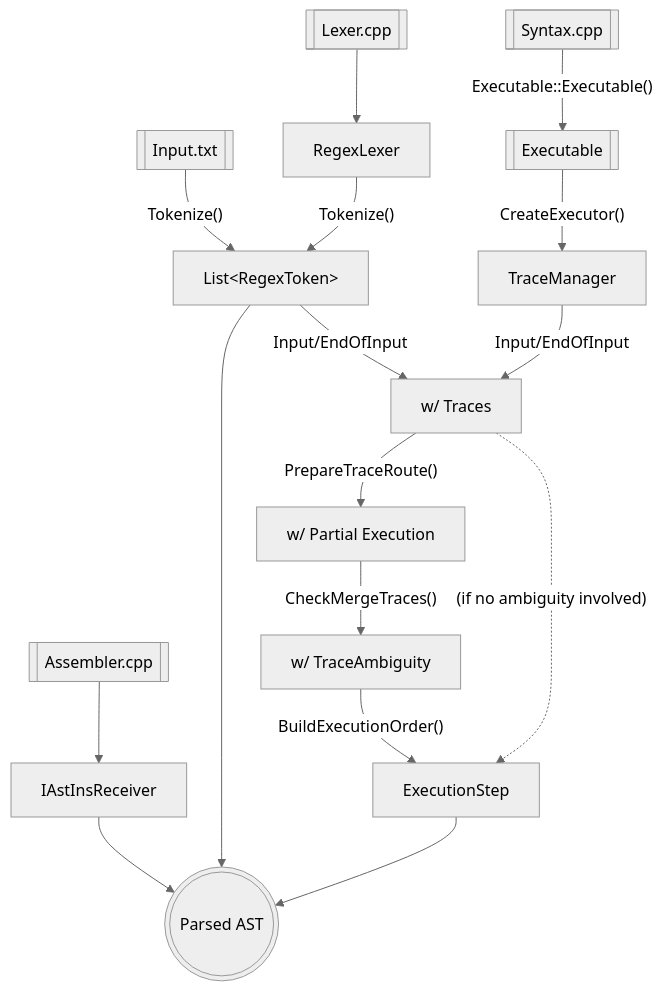
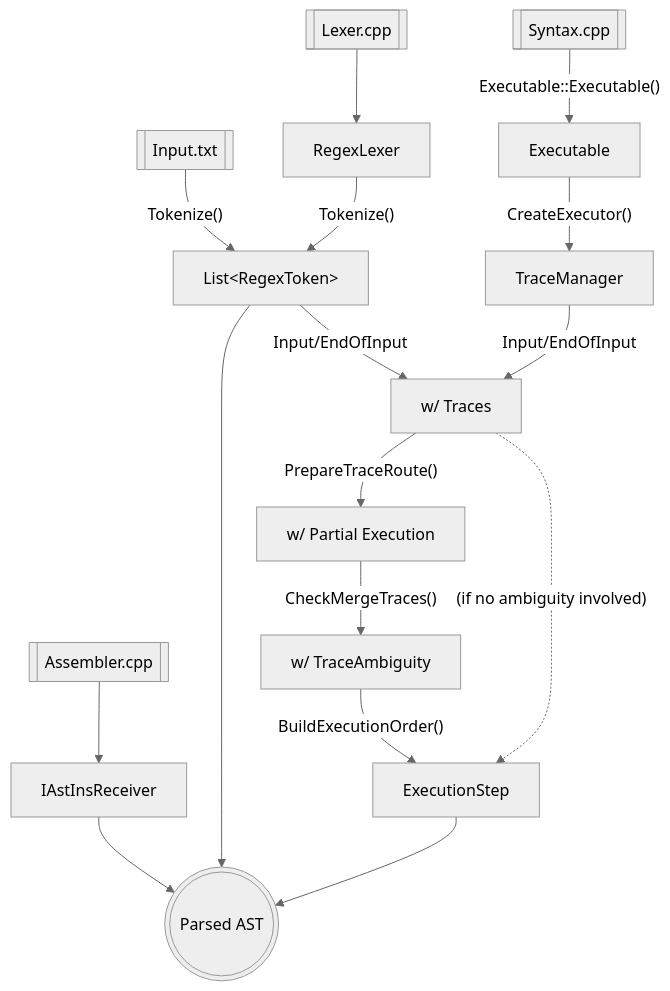
Before and after one commit to vczh-websites/vczh: diagram 29 of 29 in Blog/GLR-Refactoring/Mermaid.md, drawn with Mermaid (neutral theme). The commit also changed other lines of this file, not shown here.

````diff
--- a/Blog/GLR-Refactoring/Mermaid.md
+++ b/Blog/GLR-Refactoring/Mermaid.md
@@ -675,14 +675,14 @@
 ```mermaid
 graph TD
   LEXER_GEN_FILE_2[["Lexer.cpp"]] --> LEXER[RegexLexer]
   INPUT[[Input.txt]] & LEXER -- Tokenize() --> TOKENS[List#lt;RegexToken#gt;]
-  SYNTAX_GEN_FILE_2[["Syntax.cpp"]] -- Executable::Executable() --> EXECUTABLE[[Executable]]
+  SYNTAX_GEN_FILE_2[["Syntax.cpp"]] -- Executable::Executable() --> EXECUTABLE[Executable]
   EXECUTABLE -- CreateExecutor() --> TRACE_MGR[TraceManager]
   TOKENS & TRACE_MGR -- Input/EndOfInput --> TRACE_MGR2[w/ Traces]
   TRACE_MGR2 -- PrepareTraceRoute() --> TRACE_MGR3[w/ Partial Execution]
   TRACE_MGR3 -- CheckMergeTraces() --> TRACE_MGR4[w/ TraceAmbiguity]
   TRACE_MGR4 -- BuildExecutionOrder() --> STEPS[ExecutionStep]
   TRACE_MGR2 -. (if no ambiguity involved) .-> STEPS
   AST_GEN_FILE_2[["Assembler.cpp"]] --> RECEIVER[IAstInsReceiver]
   RECEIVER & TOKENS & STEPS --> AST(((Parsed AST)))
 ```
````
